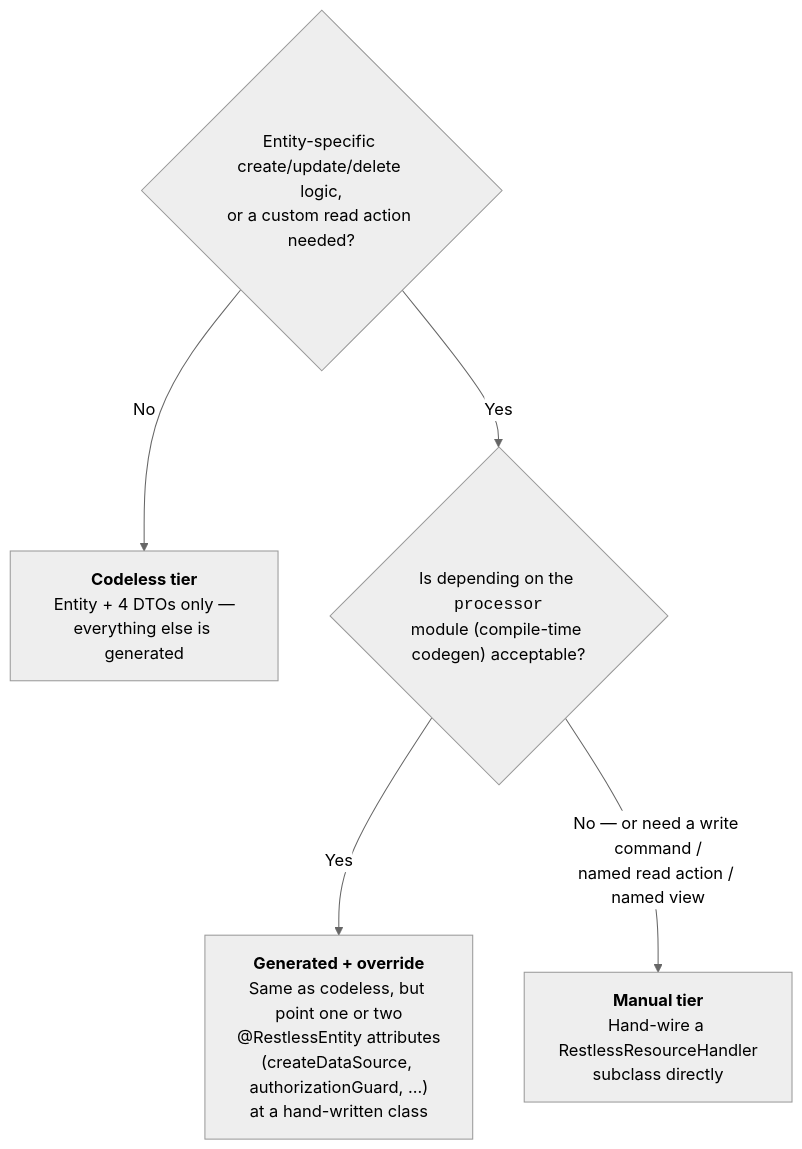
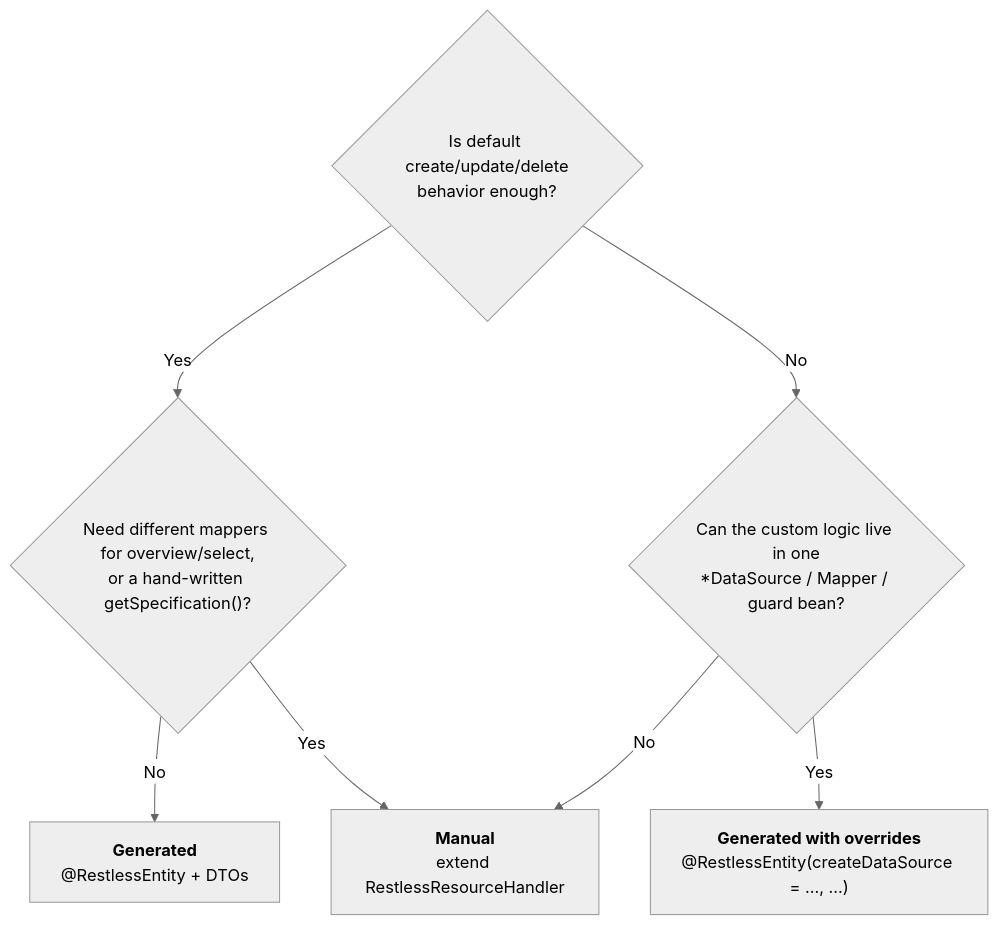
Before and after one commit to cristivoicu/springboot_restless: the diagram in README.md, drawn with Mermaid (neutral theme). The commit also changed other lines of this file and 178 other files, not shown here.

````diff
--- a/README.md
+++ b/README.md
@@ -279,8 +313,10 @@
 ```mermaid
 flowchart TD
-    Q1{"Entity-specific create/update/delete logic,<br/>or a custom read action needed?"}
-    Q1 -->|No| Codeless["<b>Codeless tier</b><br/>Entity + 4 DTOs only —<br/>everything else is generated"]
-    Q1 -->|Yes| Q2{"Is depending on the <code>processor</code><br/>module (compile-time codegen) acceptable?"}
-    Q2 -->|Yes| Generated["<b>Generated + override</b><br/>Same as codeless, but point one or two<br/>@RestlessEntity attributes<br/>(createDataSource, authorizationGuard, ...)<br/>at a hand-written class"]
-    Q2 -->|"No — or need a write command /<br/>named read action / named view"| Manual["<b>Manual tier</b><br/>Hand-wire a RestlessResourceHandler<br/>subclass directly"]
+    Q1{"Is default create/update/delete<br/>behavior enough?"}
+    Q1 -->|Yes| Q0{"Need different mappers for overview/select,<br/>or a hand-written getSpecification()?"}
+    Q1 -->|No| Q2{"Can the custom logic live in one<br/>*DataSource / Mapper / guard bean?"}
+    Q0 -->|No| Gen["<b>Generated</b><br/>@RestlessEntity + DTOs"]
+    Q0 -->|Yes| Manual["<b>Manual</b><br/>extend RestlessResourceHandler"]
+    Q2 -->|Yes| Over["<b>Generated with overrides</b><br/>@RestlessEntity(createDataSource = ..., ...)"]
+    Q2 -->|No| Manual
 ```
````
